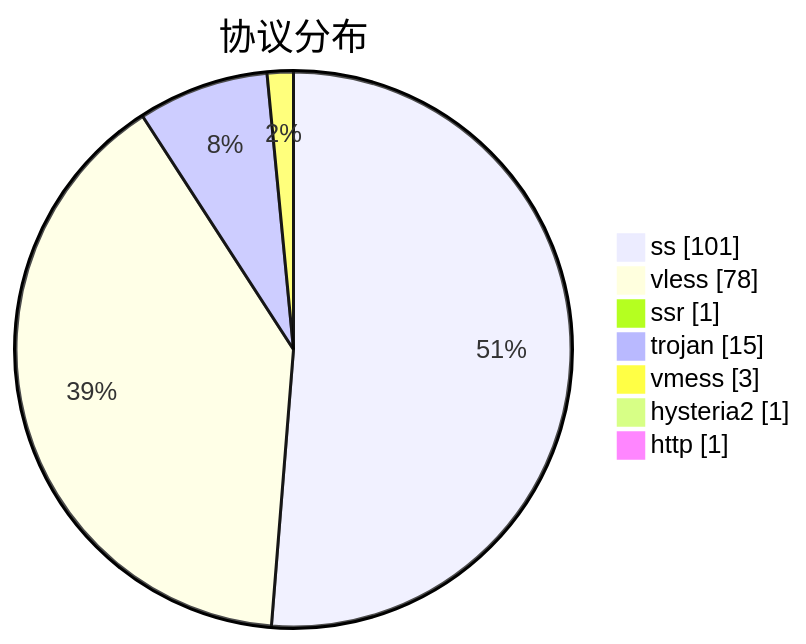
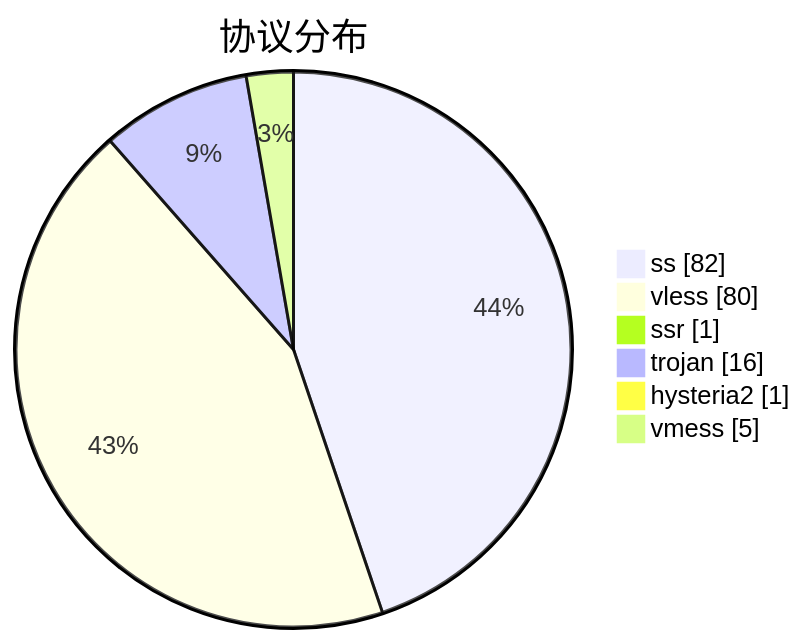
One commit to qjlxg/airport changed the third of 3 diagrams in subs/statistics/tested_within.md. Above: the diagram before and after it, drawn with Mermaid. The commit also changed other lines of this file and 2 other files, not shown here.

````diff
--- a/subs/statistics/tested_within.md
+++ b/subs/statistics/tested_within.md
@@ -25,11 +29,10 @@
 ```mermaid
 pie showData
 title 协议分布
-"ss" : 101
-"vless" : 78
+"ss" : 82
+"vless" : 80
 "ssr" : 1
-"trojan" : 15
-"vmess" : 3
+"trojan" : 16
 "hysteria2" : 1
-"http" : 1
+"vmess" : 5
 ```
````
